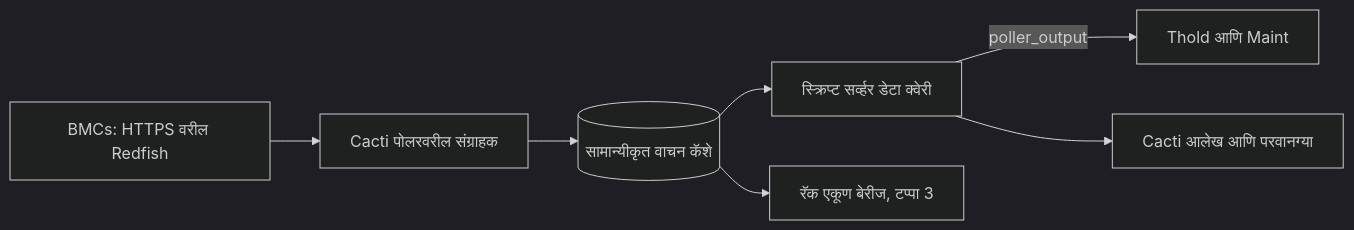
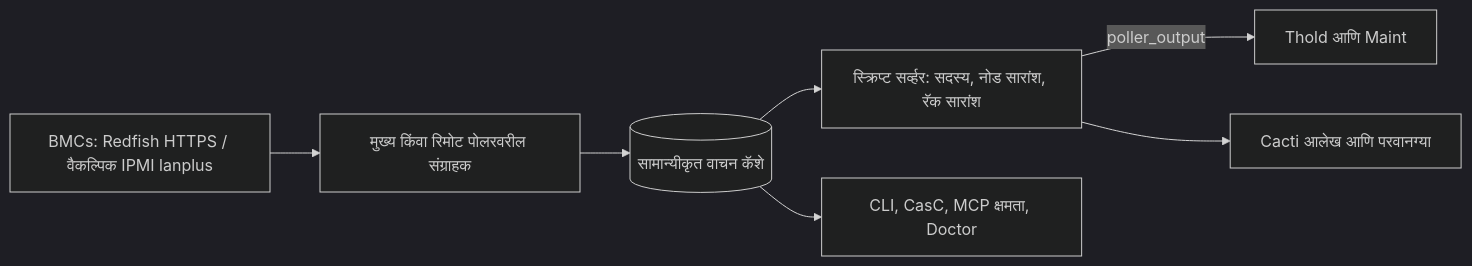
The diagram in docs/i18n/mr-IN/README.md (somethingwithproof/plugin_redfish), drawn with Mermaid (dark theme) before and after one commit. The commit also changed other lines of this file and 47 other files, not shown here.

````diff
--- a/docs/i18n/mr-IN/README.md
+++ b/docs/i18n/mr-IN/README.md
@@ -100,9 +140,9 @@
 ```mermaid
 flowchart LR
-    BMC["BMCs: HTTPS वरील Redfish"] --> C["Cacti पोलरवरील संग्राहक"]
+    BMC["BMCs: Redfish HTTPS / वैकल्पिक IPMI lanplus"] --> C["मुख्य किंवा रिमोट पोलरवरील संग्राहक"]
     C --> CACHE[("सामान्यीकृत वाचन कॅशे")]
-    CACHE --> SS["स्क्रिप्ट सर्व्हर डेटा क्वेरी"]
+    CACHE --> SS["स्क्रिप्ट सर्व्हर: सदस्य, नोड सारांश, रॅक सारांश"]
     SS -->|poller_output| T["Thold आणि Maint"]
     SS --> G["Cacti आलेख आणि परवानग्या"]
-    CACHE --> R["रॅक एकूण बेरीज, टप्पा 3"]
+    CACHE --> ECO["CLI, CasC, MCP क्षमता, Doctor"]
 ```
````
